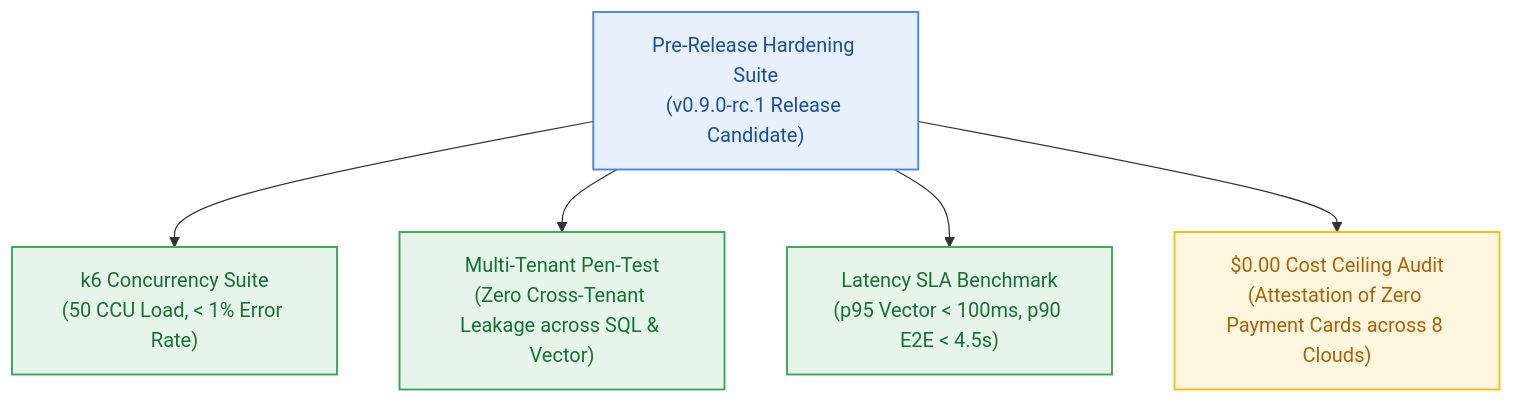
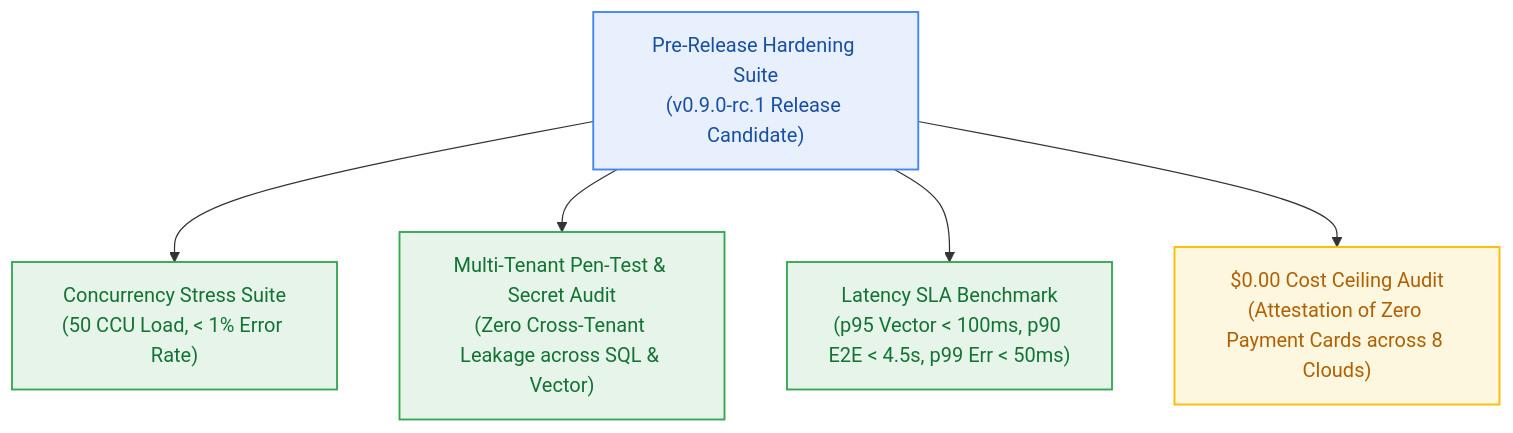
One commit to Glitch-guy0/Contextual changed the diagram in _documentation/planning/milestones/m9-hardening-benchmark/milestone.md. Above: the diagram before and after it, drawn with Mermaid. The commit also changed other lines of this file and 19 other files, not shown here.

First line of the commit message:
docs(m9): record milestone m9 architecture, stories, and planning artifacts

````diff
--- a/_documentation/planning/milestones/m9-hardening-benchmark/milestone.md
+++ b/_documentation/planning/milestones/m9-hardening-benchmark/milestone.md
@@ -30,15 +33,15 @@
 ```mermaid
 graph TD
-    AUDIT["Pre-Release Hardening Suite<br/>(v0.9.0-rc.1 Release Candidate)"] --> LOAD["k6 Concurrency Suite<br/>(50 CCU Load, < 1% Error Rate)"]
-    AUDIT --> SEC["Multi-Tenant Pen-Test<br/>(Zero Cross-Tenant Leakage across SQL & Vector)"]
-    AUDIT --> SLA["Latency SLA Benchmark<br/>(p95 Vector < 100ms, p90 E2E < 4.5s)"]
+    AUDIT["Pre-Release Hardening Suite<br/>(v0.9.0-rc.1 Release Candidate)"] --> LOAD["Concurrency Stress Suite<br/>(50 CCU Load, < 1% Error Rate)"]
+    AUDIT --> SEC["Multi-Tenant Pen-Test & Secret Audit<br/>(Zero Cross-Tenant Leakage across SQL & Vector)"]
+    AUDIT --> SLA["Latency SLA Benchmark<br/>(p95 Vector < 100ms, p90 E2E < 4.5s, p99 Err < 50ms)"]
     AUDIT --> ZERO["$0.00 Cost Ceiling Audit<br/>(Attestation of Zero Payment Cards across 8 Clouds)"]
 
     classDef blue fill:#E8F0FE,stroke:#4285F4,stroke-width:1.5px,color:#174EA6;
     classDef green fill:#E6F4EA,stroke:#34A853,stroke-width:1.5px,color:#137333;
     classDef amber fill:#FEF7E0,stroke:#FBBC04,stroke-width:1.5px,color:#B06000;
 
     class AUDIT blue;
     class LOAD,SEC,SLA green;
     class ZERO amber;
 ```
````
